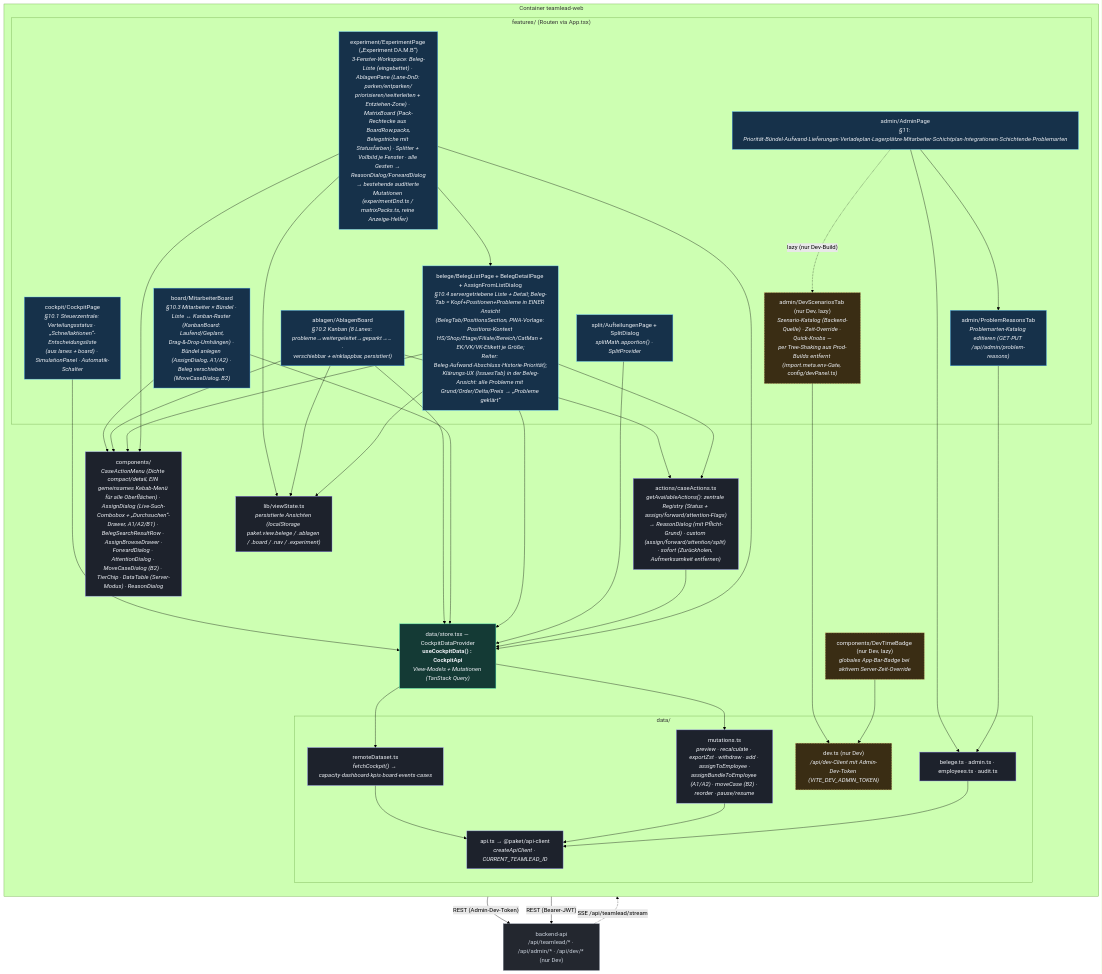
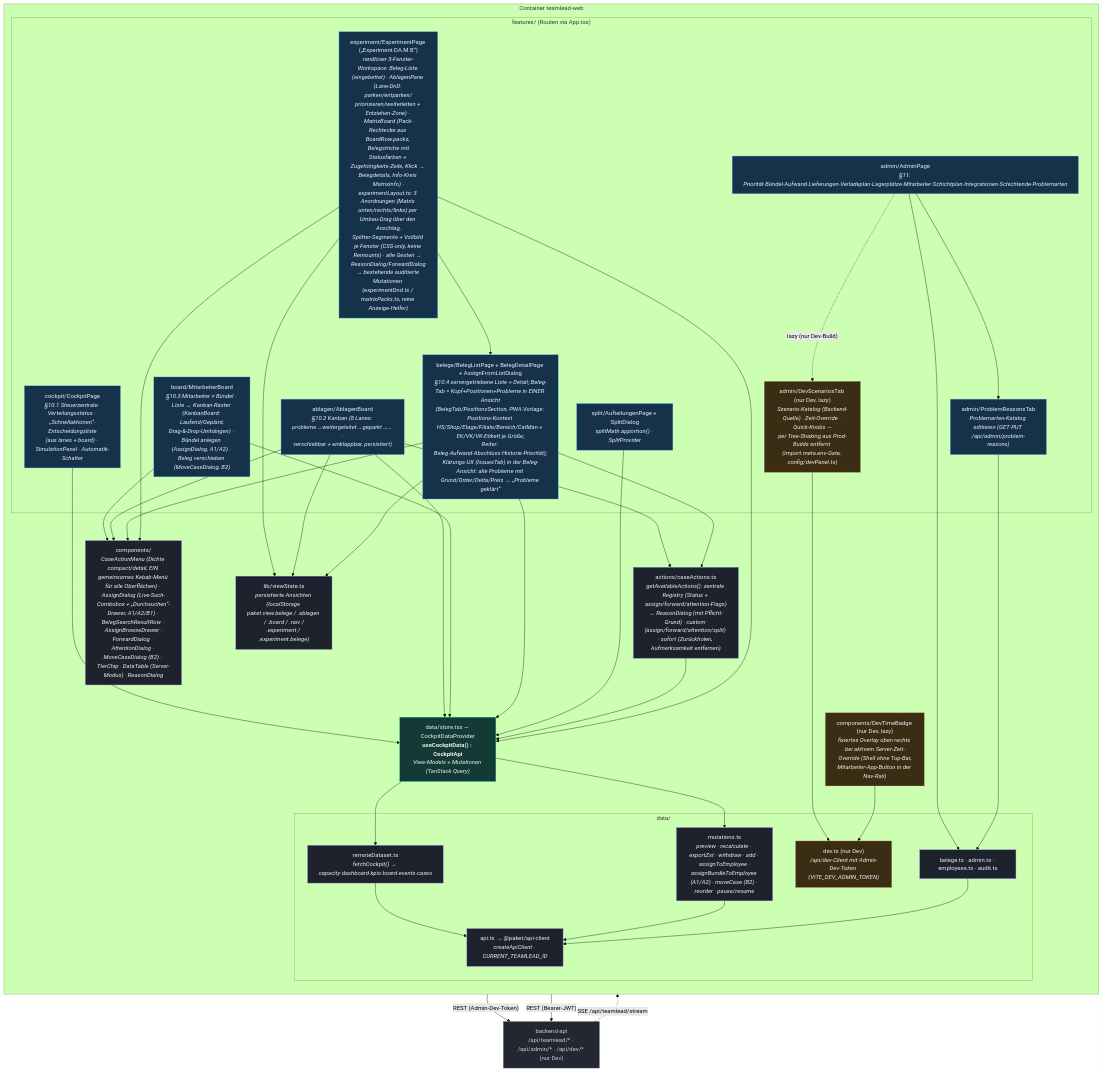
Before and after one commit to officialoniichat/paketdispov2: the diagram in docs/architecture/src/c3-teamlead-components.mmd, drawn with Mermaid (forest theme). The commit also changed 13 other files, not shown here.

```diff
--- a/docs/architecture/src/c3-teamlead-components.mmd
+++ b/docs/architecture/src/c3-teamlead-components.mmd
@@ -1,69 +1,69 @@
 %% C4 Ebene 3 — Komponenten: teamlead-web (React + Vite + MUI, TanStack Query)
 %% Verifiziert gegen apps/teamlead-web/src/* (features/, data/, actions/, components/).
 flowchart TB
     classDef feat fill:#16314a,stroke:#56b6ff,color:#eef1f6;
     classDef store fill:#143a35,stroke:#2dd4a7,color:#eef1f6;
     classDef logic fill:#1d222c,stroke:#8b7cf6,color:#eef1f6;
     classDef ext fill:#23272f,stroke:#7c8696,color:#cbd2dd;
     classDef dev fill:#3a2d14,stroke:#e5b567,color:#eef1f6,stroke-dasharray:4 3;
 
     api["backend-api<br/>/api/teamlead/* · /api/admin/* · /api/dev/* (nur Dev)"]:::ext
 
     subgraph web["Container teamlead-web"]
         direction TB
         subgraph features["features/ (Routen via App.tsx)"]
             cockpit["cockpit/CockpitPage<br/><i>§10.1 Steuerzentrale: Verteilungsstatus · „Schnellaktionen“-Entscheidungsliste<br/>(aus lanes + board) · SimulationPanel · Automatik-Schalter</i>"]:::feat
             ablagen["ablagen/AblagenBoard<br/><i>§10.2 Kanban (8 Lanes: probleme→weitergeleitet→geparkt→… ·<br/>verschiebbar + einklappbar, persistiert)</i>"]:::feat
             board["board/MitarbeiterBoard<br/><i>§10.3 Mitarbeiter × Bündel · Liste ↔ Kanban-Raster (KanbanBoard: Laufend/Geplant,<br/>Drag-&amp;-Drop-Umhängen) · Bündel anlegen (AssignDialog, A1/A2) · Beleg verschieben (MoveCaseDialog, B2)</i>"]:::feat
             belege["belege/BelegListPage + BelegDetailPage + AssignFromListDialog<br/><i>§10.4 servergetriebene Liste + Detail; Beleg-Tab = Kopf+Positionen+Probleme in EINER Ansicht<br/>(BelegTab/PositionsSection, PWA-Vorlage: Positions-Kontext HS/Shop/Etage/Filiale/Bereich/CatMan + EK/VK/VK-Etikett je Größe;<br/>Reiter: Beleg·Aufwand·Abschluss·Historie·Priorität);<br/>Klärungs-UX (IssuesTab) in der Beleg-Ansicht: alle Probleme mit Grund/Order/Delta/Preis → „Probleme geklärt“</i>"]:::feat
             split["split/AufteilungenPage + SplitDialog<br/><i>splitMath.apportion() · SplitProvider</i>"]:::feat
             admin["admin/AdminPage<br/><i>§11: Priorität·Bündel·Aufwand·Lieferungen·Verladeplan·Lagerplätze·Mitarbeiter·Schichtplan·Integrationen·Schichtende·Problemarten</i>"]:::feat
             problemTab["admin/ProblemReasonsTab<br/><i>Problemarten-Katalog editieren (GET·PUT /api/admin/problem-reasons)</i>"]:::feat
             devtab["admin/DevScenariosTab (nur Dev, lazy)<br/><i>Szenario-Katalog (Backend-Quelle) · Zeit-Override · Quick-Knobs —<br/>per Tree-Shaking aus Prod-Builds entfernt (import.meta.env-Gate, config/devPanel.ts)</i>"]:::dev
-            experiment["experiment/ExperimentPage („Experiment DA.M.B“)<br/><i>3-Fenster-Workspace: Beleg-Liste (eingebettet) · AblagenPane (Lane-DnD: parken/entparken/<br/>priorisieren/weiterleiten + Entziehen-Zone) · MatrixBoard (Pack-Rechtecke aus BoardRow.packs,<br/>Belegstriche mit Statusfarben) · Splitter + Vollbild je Fenster · alle Gesten → ReasonDialog/ForwardDialog<br/>→ bestehende auditierte Mutationen (experimentDnd.ts / matrixPacks.ts, reine Anzeige-Helfer)</i>"]:::feat
+            experiment["experiment/ExperimentPage („Experiment DA.M.B“)<br/><i>randloser 3-Fenster-Workspace: Beleg-Liste (eingebettet) · AblagenPane (Lane-DnD: parken/entparken/<br/>priorisieren/weiterleiten + Entziehen-Zone) · MatrixBoard (Pack-Rechtecke aus BoardRow.packs, Belegstriche mit<br/>Statusfarben + Zugehörigkeits-Zeile, Klick → Belegdetails, Info-Kreis MatrixInfo) ·<br/>experimentLayout.ts: 3 Anordnungen (Matrix unten/rechts/links) per Umbau-Drag über den Anschlag,<br/>Splitter-Segmente + Vollbild je Fenster (CSS-only, keine Remounts) · alle Gesten → ReasonDialog/ForwardDialog<br/>→ bestehende auditierte Mutationen (experimentDnd.ts / matrixPacks.ts, reine Anzeige-Helfer)</i>"]:::feat
         end
-        devbadge["components/DevTimeBadge (nur Dev, lazy)<br/><i>globales App-Bar-Badge bei aktivem Server-Zeit-Override</i>"]:::dev
+        devbadge["components/DevTimeBadge (nur Dev, lazy)<br/><i>fixiertes Overlay oben rechts bei aktivem Server-Zeit-Override (Shell ohne Top-Bar,<br/>Mitarbeiter-App-Button in der Nav-Rail)</i>"]:::dev
         store["data/store.tsx — CockpitDataProvider<br/><b>useCockpitData() : CockpitApi</b><br/><i>View-Models + Mutationen (TanStack Query)</i>"]:::store
         subgraph datal["data/"]
             remote["remoteDataset.ts<br/><i>fetchCockpit() → capacity·dashboard·kpis·board·events·cases</i>"]:::logic
             belegeData["belege.ts · admin.ts · employees.ts · audit.ts"]:::logic
             devData["dev.ts (nur Dev)<br/><i>/api/dev-Client mit Admin-Dev-Token (VITE_DEV_ADMIN_TOKEN)</i>"]:::dev
             mutations["mutations.ts<br/><i>preview · recalculate · exportZst · withdraw · add · assignToEmployee ·<br/>assignBundleToEmployee (A1/A2) · moveCase (B2) · reorder · pause/resume</i>"]:::logic
             apiClient["api.ts → @paket/api-client<br/><i>createApiClient · CURRENT_TEAMLEAD_ID</i>"]:::logic
         end
         actions["actions/caseActions.ts<br/><i>getAvailableActions(): zentrale Registry (Status + assign/forward/attention-Flags)<br/>→ ReasonDialog (mit Pflicht-Grund) · custom (assign/forward/attention/split) · sofort (Zurückholen, Aufmerksamkeit entfernen)</i>"]:::logic
         shared["components/<br/><i>CaseActionMenu (Dichte compact/detail, EIN gemeinsames Kebab-Menü für alle Oberflächen) · AssignDialog (Live-Such-Combobox + „Durchsuchen“-Drawer, A1/A2/B1) · BelegSearchResultRow · AssignBrowseDrawer ·<br/>ForwardDialog · AttentionDialog · MoveCaseDialog (B2) · TierChip · DataTable (Server-Modus) · ReasonDialog</i>"]:::logic
-        viewState["lib/viewState.ts<br/><i>persistierte Ansichten (localStorage paket.view.belege / .ablagen / .board / .nav / .experiment)</i>"]:::logic
+        viewState["lib/viewState.ts<br/><i>persistierte Ansichten (localStorage paket.view.belege / .ablagen / .board / .nav /<br/>.experiment / .experiment.belege)</i>"]:::logic
     end
 
     cockpit --> store
     ablagen --> store
     board --> store
     belege --> store
     split --> store
     admin --> belegeData
     admin --> problemTab
     problemTab --> belegeData
     admin -. "lazy (nur Dev-Build)" .-> devtab
     devtab --> devData
     devbadge --> devData
     devData -->|"REST (Admin-Dev-Token)"| api
     ablagen --> actions
     belege --> actions
     actions --> store
     board --> shared
     ablagen --> shared
     belege --> shared
     experiment --> store
     experiment --> belege
     experiment --> shared
     experiment --> viewState
     ablagen --> viewState
     belege --> viewState
     store --> remote
     store --> mutations
     remote --> apiClient
     mutations --> apiClient
     belegeData --> apiClient
     apiClient -->|"REST (Bearer-JWT)"| api
     api -. "SSE /api/teamlead/stream" .-> store
```
